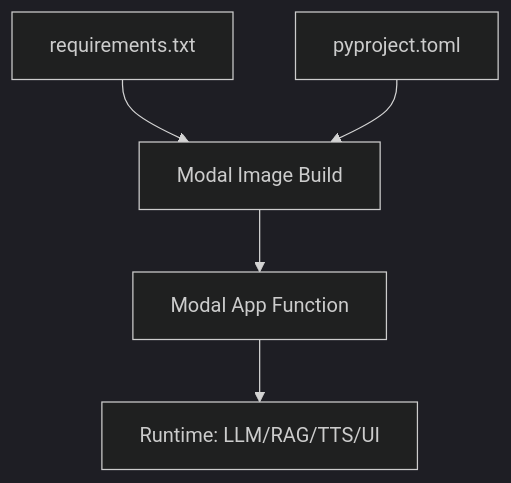
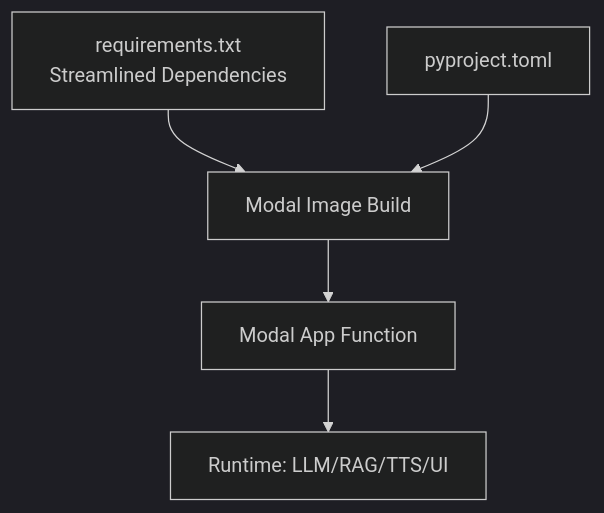
One commit to MOK-5-ha/MayaMCP changed the tenth of 10 diagrams in .qoder/repowiki/en/content/Deployment & Operations.md. Above: the diagram before and after it, drawn with Mermaid (dark theme). The commit also changed other lines of this file and 27 other files, not shown here.

````diff
--- a/.qoder/repowiki/en/content/Deployment & Operations.md
+++ b/.qoder/repowiki/en/content/Deployment & Operations.md
@@ -305,7 +395,7 @@
 ```mermaid
 graph TB
-RT["requirements.txt"] --> IMG["Modal Image Build"]
+RT["requirements.txt<br/>Streamlined Dependencies"] --> IMG["Modal Image Build"]
 PKG["pyproject.toml"] --> IMG
 IMG --> APP["Modal App Function"]
 APP --> RUNTIME["Runtime: LLM/RAG/TTS/UI"]
 ```
````
